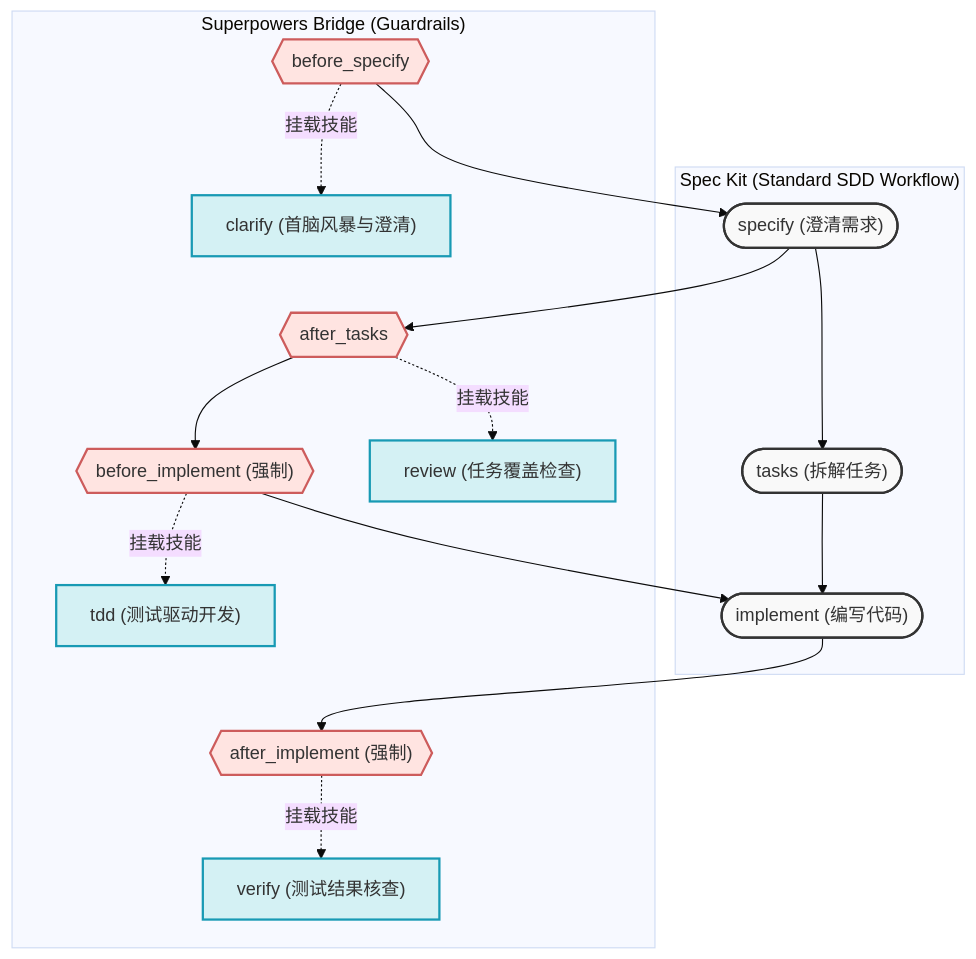
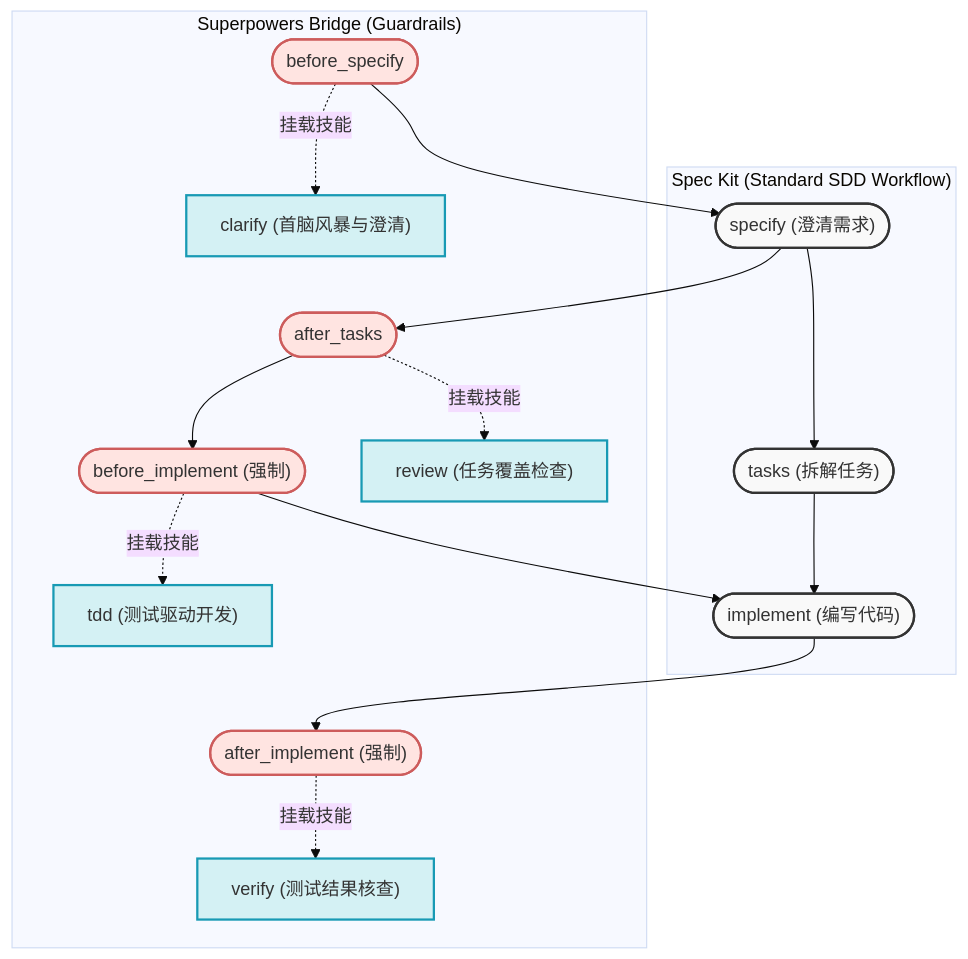
One commit to RbBtSn0w/rbbtsn0w.github.io changed the diagram in _posts/2026-03-30-superpowers-bridge-spec-kit.md. Above: the diagram before and after it, drawn with Mermaid (base theme).

Commit message:
fix(blog): drop quotes from mermaid dotted arrows for 11.13 parsing compatibility

````diff
--- a/_posts/2026-03-30-superpowers-bridge-spec-kit.md
+++ b/_posts/2026-03-30-superpowers-bridge-spec-kit.md
@@ -37,38 +37,38 @@
 ```mermaid
 graph TD
     classDef workflow fill:#f9f9f9,stroke:#333,stroke-width:2px;
     classDef hook fill:#ffe4e1,stroke:#cd5c5c,stroke-width:2px;
     classDef skill fill:#d4f1f4,stroke:#189ab4,stroke-width:2px;
 
     subgraph spec_workflow ["Spec Kit (Standard SDD Workflow)"]
         S(["specify (澄清需求)"]):::workflow
         T(["tasks (拆解任务)"]):::workflow
         I(["implement (编写代码)"]):::workflow
         
         S --> T
         T --> I
     end
 
     subgraph superpowers_bridge ["Superpowers Bridge (Guardrails)"]
-        B_S{{"before_specify"}}:::hook
-        A_T{{"after_tasks"}}:::hook
-        B_I{{"before_implement (强制)"}}:::hook
-        A_I{{"after_implement (强制)"}}:::hook
+        B_S(["before_specify"]):::hook
+        A_T(["after_tasks"]):::hook
+        B_I(["before_implement (强制)"]):::hook
+        A_I(["after_implement (强制)"]):::hook
 
         C["clarify (首脑风暴与澄清)"]:::skill
         R["review (任务覆盖检查)"]:::skill
         TDD["tdd (测试驱动开发)"]:::skill
         V["verify (测试结果核查)"]:::skill
         
-        B_S -. "挂载技能" .-> C
-        A_T -. "挂载技能" .-> R
-        B_I -. "挂载技能" .-> TDD
-        A_I -. "挂载技能" .-> V
+        B_S -. 挂载技能 .-> C
+        A_T -. 挂载技能 .-> R
+        B_I -. 挂载技能 .-> TDD
+        A_I -. 挂载技能 .-> V
     end
 
     B_S --> S
     S --> A_T
     A_T --> B_I
     B_I --> I
     I --> A_I
 ```
````
